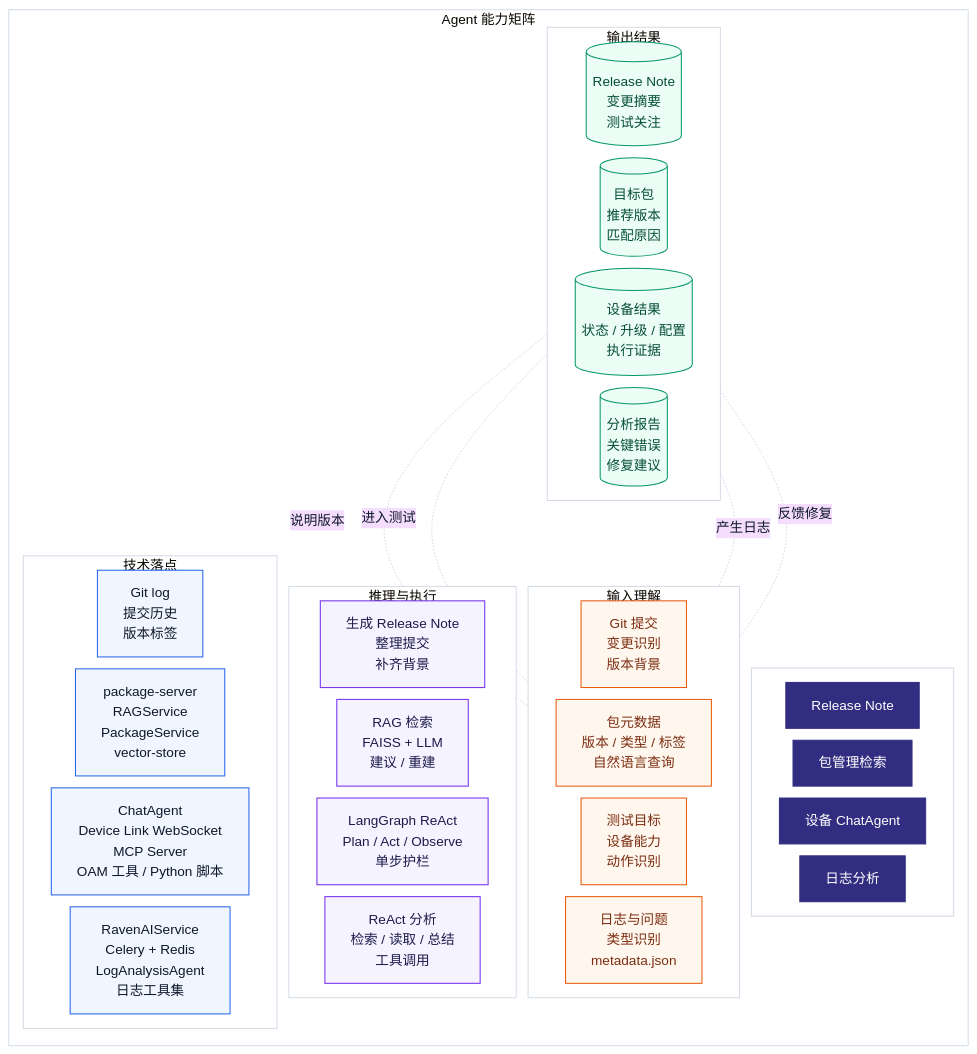
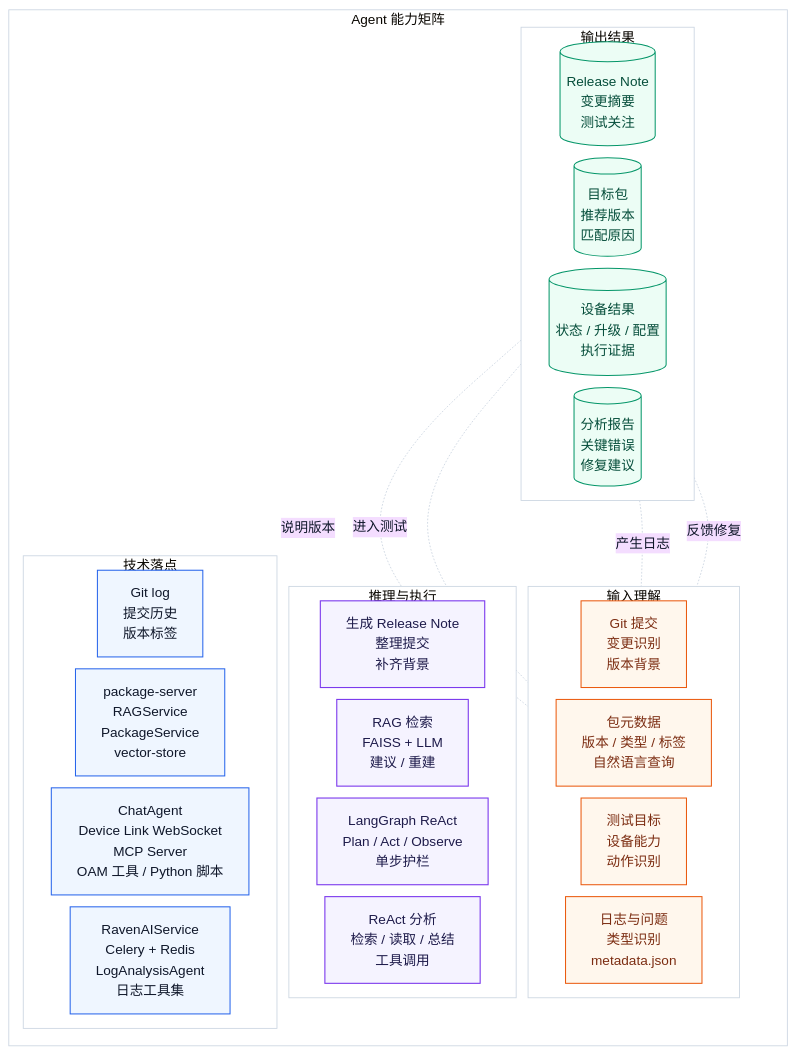
Before and after one commit to visiontrail/RavenAI: the fourth of 4 diagrams in README.zh.md, drawn with Mermaid. The commit also changed 1 other file, not shown here.

Commit message:
chore: remove unused subgraph from Agent Capability Matrix in README files

````diff
--- a/README.zh.md
+++ b/README.zh.md
@@ -148,69 +148,61 @@
 ```mermaid
 %% 建议导出画布：1200x900 或 1600x1200，4:3
 %% 主题：RavenAI 的 Agent 能力架构
 %%{init: {"theme": "base", "flowchart": {"htmlLabels": true, "nodeSpacing": 14, "rankSpacing": 16, "curve": "basis"}, "themeVariables": {"fontFamily": "Arial, Microsoft YaHei", "primaryTextColor": "#0F172A", "lineColor": "#CBD5E1", "clusterBkg": "#FFFFFF", "clusterBorder": "#CBD5E1"}}}%%
 
 flowchart TB
 
 subgraph M["Agent 能力矩阵"]
 direction TB
-
-  subgraph H[" "]
-  direction LR
-    H1["Release Note"]
-    H2["包管理检索"]
-    H3["设备 ChatAgent"]
-    H4["日志分析"]
-  end
 
   subgraph R1["输入理解"]
   direction LR
     A1["Git 提交<br/>变更识别<br/>版本背景"]
     A2["包元数据<br/>版本 / 类型 / 标签<br/>自然语言查询"]
     A3["测试目标<br/>设备能力<br/>动作识别"]
     A4["日志与问题<br/>类型识别<br/>metadata.json"]
   end
 
   subgraph R2["推理与执行"]
   direction LR
     B1["生成 Release Note<br/>整理提交<br/>补齐背景"]
     B2["RAG 检索<br/>FAISS + LLM<br/>建议 / 重建"]
     B3["LangGraph ReAct<br/>Plan / Act / Observe<br/>单步护栏"]
     B4["ReAct 分析<br/>检索 / 读取 / 总结<br/>工具调用"]
   end
 
   subgraph R3["技术落点"]
   direction LR
     C1["Git log<br/>提交历史<br/>版本标签"]
     C2["package-server<br/>RAGService<br/>PackageService<br/>vector-store"]
     C3["ChatAgent<br/>Device Link WebSocket<br/>MCP Server<br/>OAM 工具 / Python 脚本"]
     C4["RavenAIService<br/>Celery + Redis<br/>LogAnalysisAgent<br/>日志工具集"]
   end
 
   subgraph R4["输出结果"]
   direction LR
     D1[("Release Note<br/>变更摘要<br/>测试关注")]
     D2[("目标包<br/>推荐版本<br/>匹配原因")]
     D3[("设备结果<br/>状态 / 升级 / 配置<br/>执行证据")]
     D4[("分析报告<br/>关键错误<br/>修复建议")]
   end
 
 end
 
 D1 -. "说明版本" .- A2
 D2 -. "进入测试" .- A3
 D3 -. "产生日志" .- A4
 D4 -. "反馈修复" .- A1
 
 classDef head fill:#312E81,stroke:#312E81,stroke-width:1.2px,color:#FFFFFF;
 classDef input fill:#FFF7ED,stroke:#EA580C,stroke-width:1.2px,color:#7C2D12;
 classDef agent fill:#F5F3FF,stroke:#7C3AED,stroke-width:1.3px,color:#1E1B4B;
 classDef tech fill:#EFF6FF,stroke:#2563EB,stroke-width:1.2px,color:#0F172A;
 classDef output fill:#ECFDF5,stroke:#059669,stroke-width:1.2px,color:#064E3B;
 
 class H1,H2,H3,H4 head;
 class A1,A2,A3,A4 input;
 class B1,B2,B3,B4 agent;
 class C1,C2,C3,C4 tech;
 class D1,D2,D3,D4 output;
 ```
````
